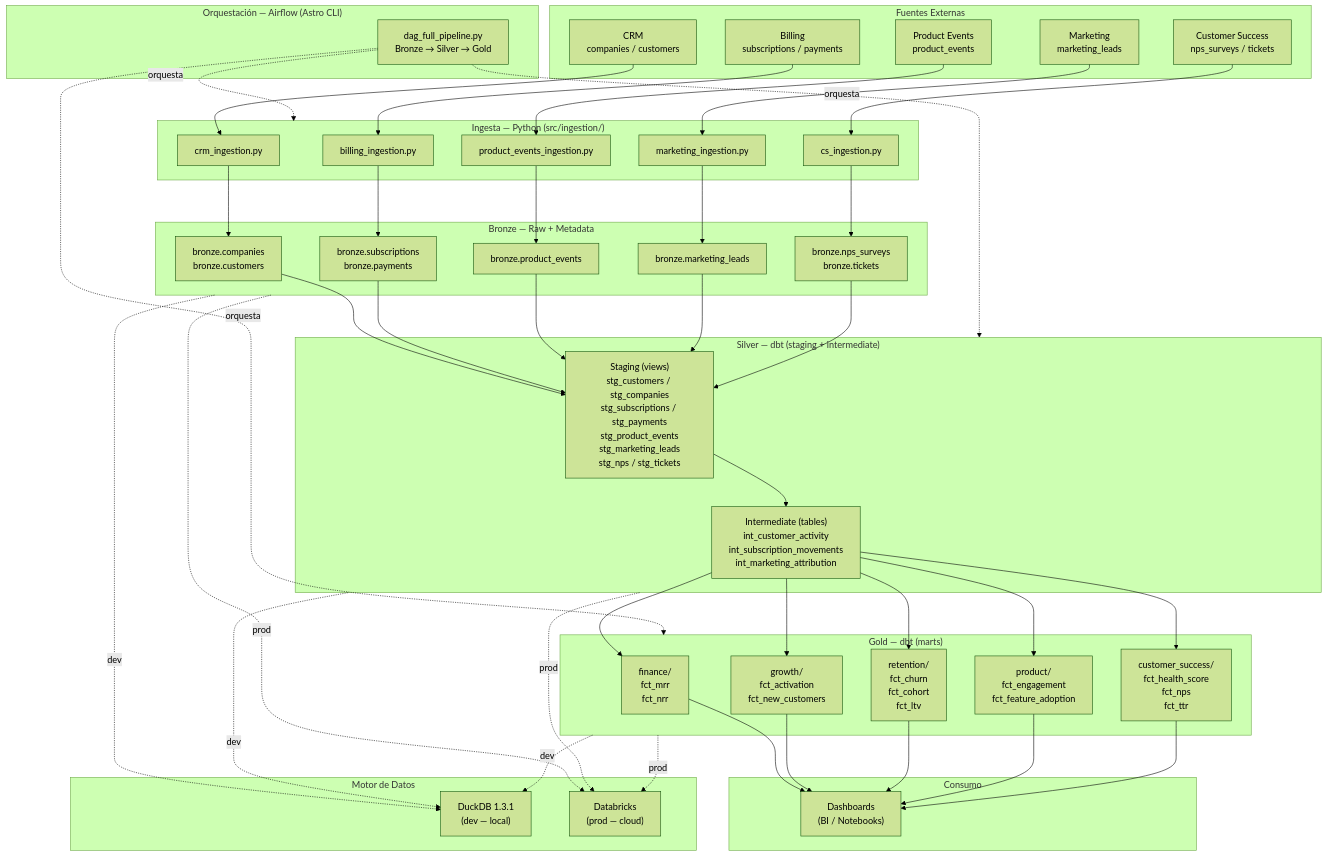
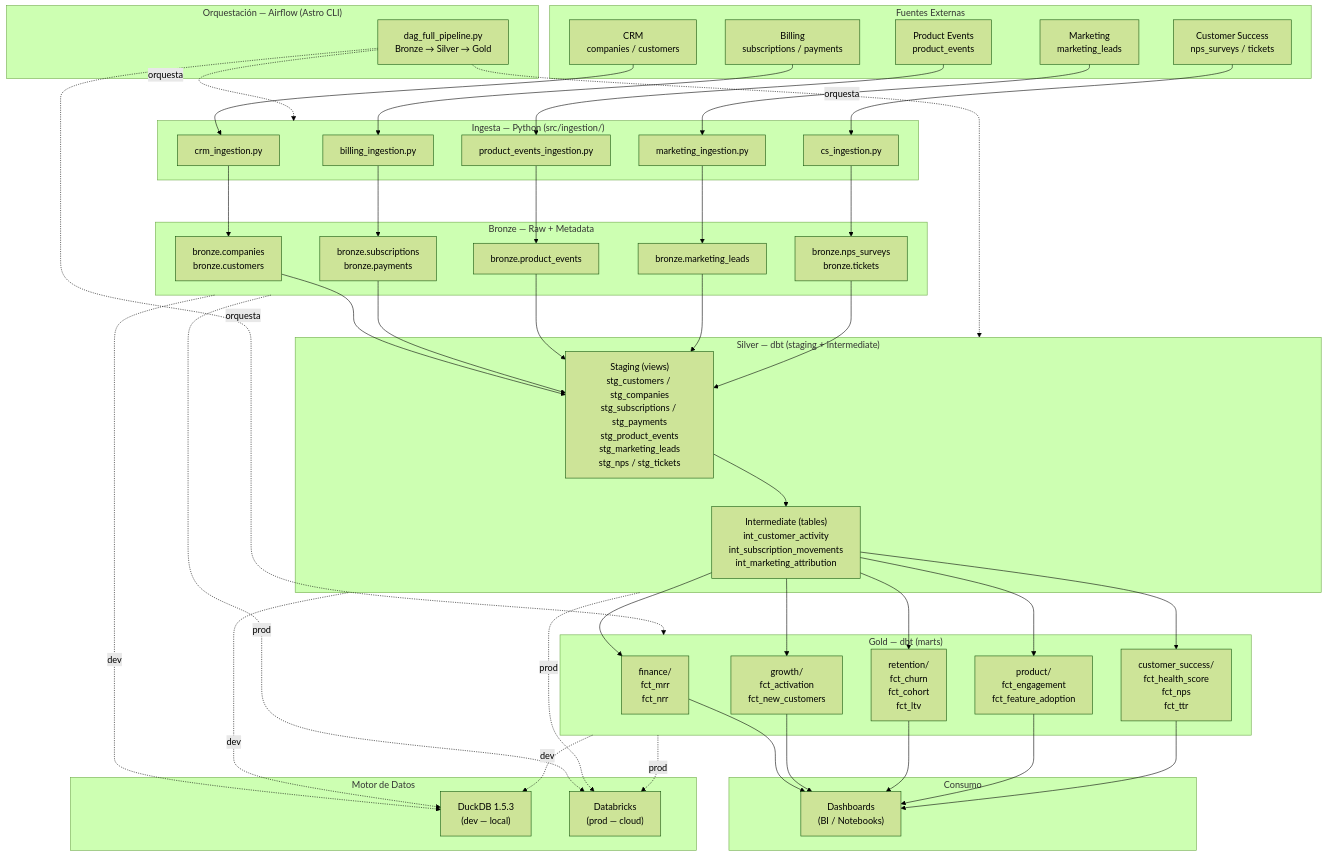
One commit to fjordanrv/saas-analytics-platform changed the diagram in docs/architecture.md. Above: the diagram before and after it, drawn with Mermaid (forest theme). The commit also changed other lines of this file and 31 other files, not shown here.

```diff
--- a/docs/architecture.md
+++ b/docs/architecture.md
@@ -63,7 +63,7 @@
 
     %% Motor de datos
     subgraph ENGINE["Motor de Datos"]
-        DUCKDB["DuckDB 1.3.1\n(dev — local)"]
+        DUCKDB["DuckDB 1.5.3\n(dev — local)"]
         DATABRICKS["Databricks\n(prod — cloud)"]
     end
 
```
